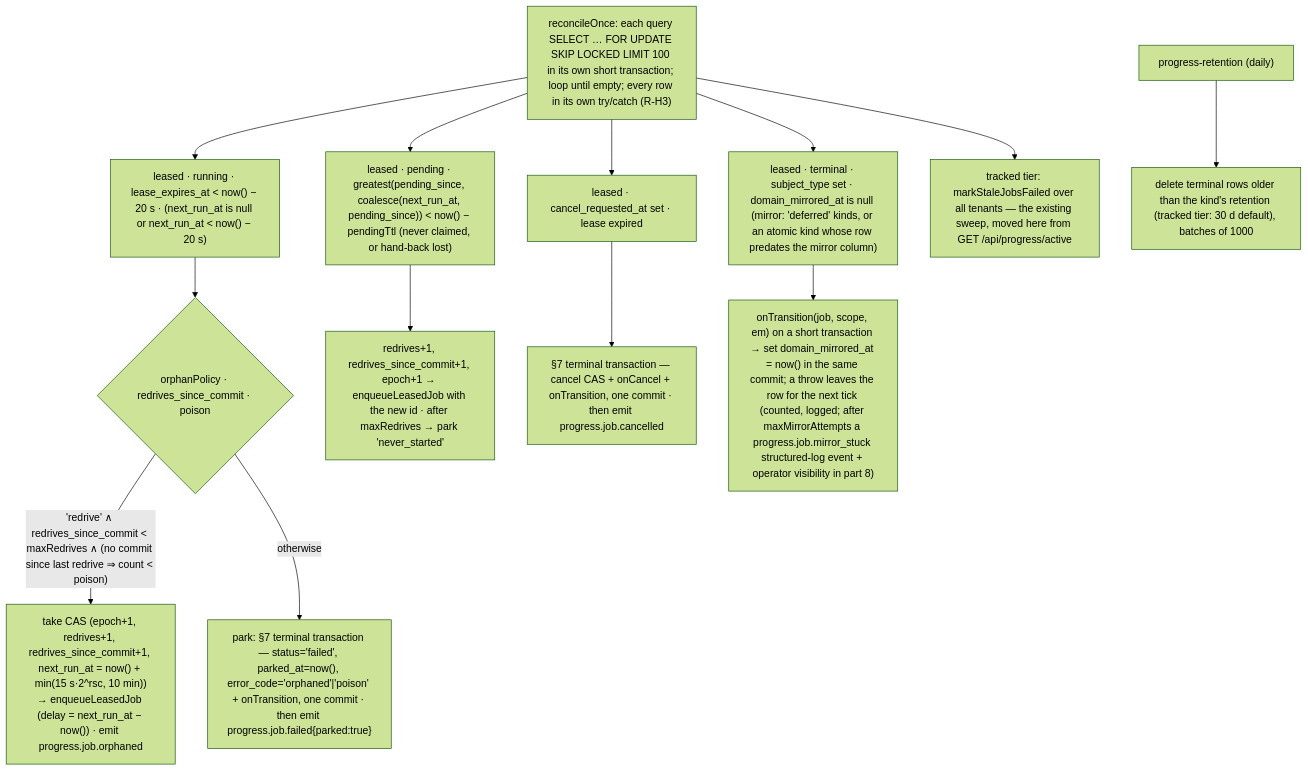
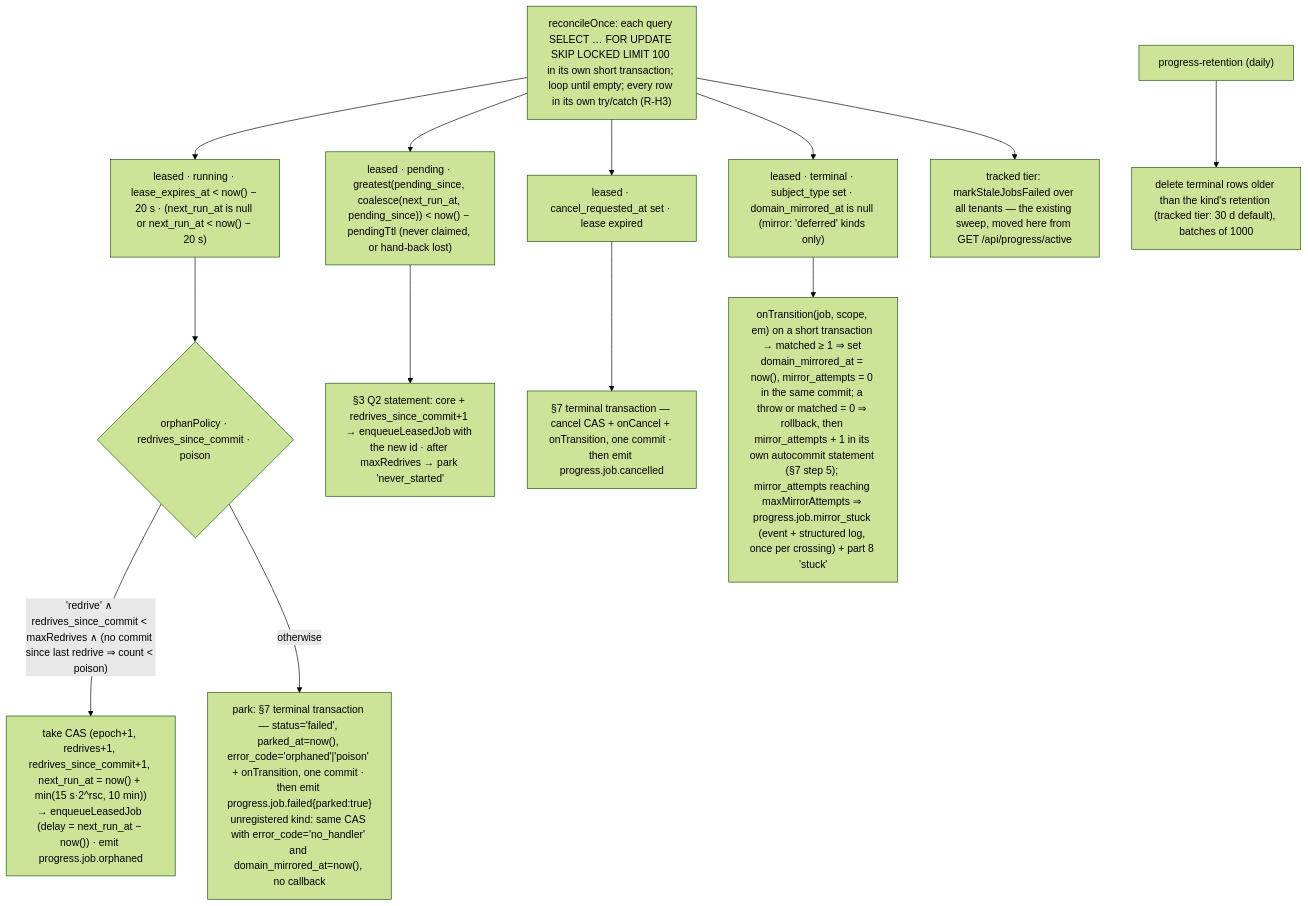
Before and after one commit to open-mercato/open-mercato: the diagram in .ai/specs/2026-08-21-background-work-06-leased-jobs-in-progress.md, drawn with Mermaid (forest theme). The commit also changed other lines of this file and 5 other files, not shown here.

First line of the commit message:
docs(specs): round 1 — onRedrive re-opens the domain row, durable mirror_attempts counter, audited redrive

````diff
--- a/.ai/specs/2026-08-21-background-work-06-leased-jobs-in-progress.md
+++ b/.ai/specs/2026-08-21-background-work-06-leased-jobs-in-progress.md
@@ -228,16 +264,16 @@
 ```mermaid
 flowchart TB
   T["reconcileOnce: each query SELECT … FOR UPDATE SKIP LOCKED LIMIT 100 in its own short transaction; loop until empty; every row in its own try/catch (R-H3)"]
   T --> Q1["leased · running · lease_expires_at < now() − 20 s · (next_run_at is null or next_run_at < now() − 20 s)"]
   Q1 --> POL{"orphanPolicy · redrives_since_commit · poison"}
   POL -->|"'redrive' ∧ redrives_since_commit < maxRedrives ∧ (no commit since last redrive ⇒ count < poison)"| RE["take CAS (epoch+1, redrives+1, redrives_since_commit+1, next_run_at = now() + min(15 s·2^rsc, 10 min))<br/>→ enqueueLeasedJob (delay = next_run_at − now()) · emit progress.job.orphaned"]
-  POL -->|otherwise| PK["park: §7 terminal transaction — status='failed', parked_at=now(), error_code='orphaned'|'poison' + onTransition, one commit · then emit progress.job.failed{parked:true}"]
+  POL -->|otherwise| PK["park: §7 terminal transaction — status='failed', parked_at=now(), error_code='orphaned'|'poison' + onTransition, one commit · then emit progress.job.failed{parked:true}<br/>unregistered kind: same CAS with error_code='no_handler' and domain_mirrored_at=now(), no callback"]
   T --> Q2["leased · pending · greatest(pending_since, coalesce(next_run_at, pending_since)) < now() − pendingTtl (never claimed, or hand-back lost)"]
-  Q2 --> RE2["redrives+1, redrives_since_commit+1, epoch+1 → enqueueLeasedJob with the new id · after maxRedrives → park 'never_started'"]
+  Q2 --> RE2["§3 Q2 statement: core + redrives_since_commit+1 → enqueueLeasedJob with the new id · after maxRedrives → park 'never_started'"]
   T --> Q3["leased · cancel_requested_at set · lease expired"]
   Q3 --> C["§7 terminal transaction — cancel CAS + onCancel + onTransition, one commit · then emit progress.job.cancelled"]
-  T --> Q5["leased · terminal · subject_type set · domain_mirrored_at is null (mirror: 'deferred' kinds, or an atomic kind whose row predates the mirror column)"]
-  Q5 --> M["onTransition(job, scope, em) on a short transaction → set domain_mirrored_at = now() in the same commit; a throw leaves the row for the next tick (counted, logged; after maxMirrorAttempts a progress.job.mirror_stuck structured-log event + operator visibility in part 8)"]
+  T --> Q5["leased · terminal · subject_type set · domain_mirrored_at is null (mirror: 'deferred' kinds only)"]
+  Q5 --> M["onTransition(job, scope, em) on a short transaction → matched ≥ 1 ⇒ set domain_mirrored_at = now(), mirror_attempts = 0 in the same commit; a throw or matched = 0 ⇒ rollback, then mirror_attempts + 1 in its own autocommit statement (§7 step 5); mirror_attempts reaching maxMirrorAttempts ⇒ progress.job.mirror_stuck (event + structured log, once per crossing) + part 8 'stuck'"]
   T --> Q4["tracked tier: markStaleJobsFailed over all tenants — the existing sweep, moved here from GET /api/progress/active"]
   D["progress-retention (daily)"] --> R["delete terminal rows older than the kind's retention (tracked tier: 30 d default), batches of 1000"]
 ```
````
